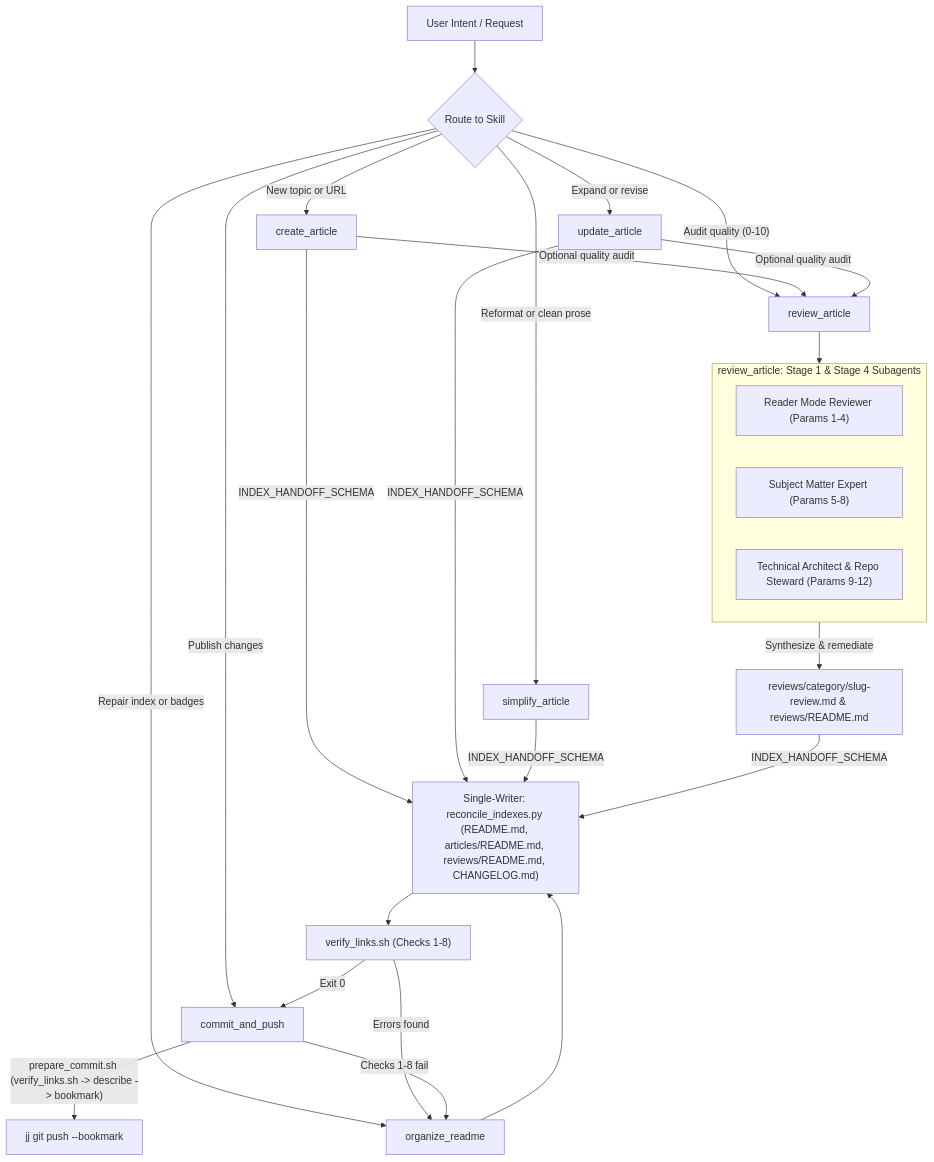
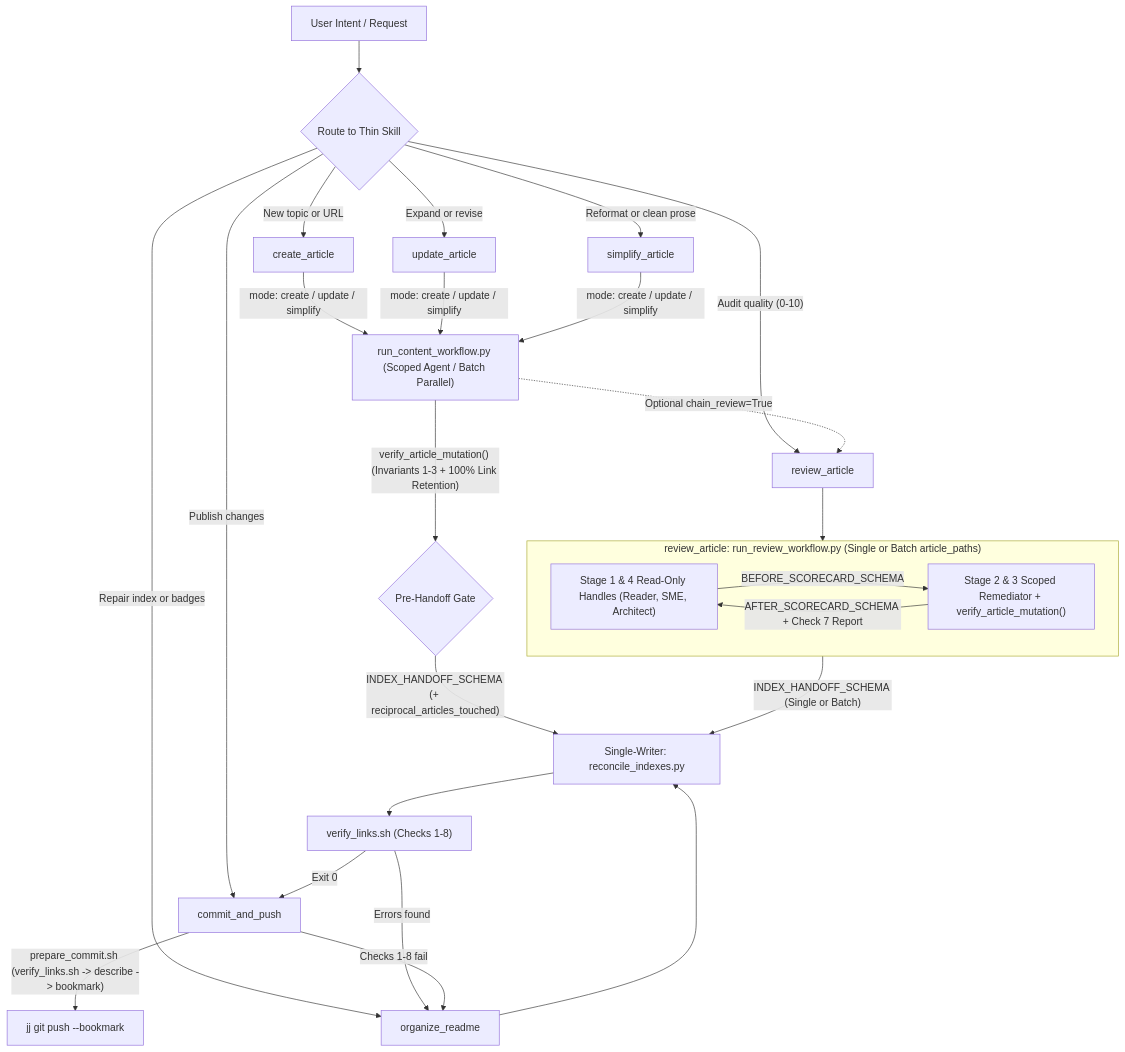
Before and after one commit to rohithtp/ThoughtsInWords: the diagram in .agent/skills/README.md, drawn with Mermaid. The commit also changed other lines of this file and 16 other files, not shown here.

Commit message:
feat(agent): implement Phase 4 Pure Hybrid Control Plane (Option H3) and sync plans

````diff
--- a/.agent/skills/README.md
+++ b/.agent/skills/README.md
@@ -47,35 +47,33 @@
 ```mermaid
 flowchart TD
-    User["User Intent / Request"] --> Route{"Route to Skill"}
+    User["User Intent / Request"] --> Route{"Route to Thin Skill"}
 
     Route -->|"New topic or URL"| Create["create_article"]
     Route -->|"Expand or revise"| Update["update_article"]
     Route -->|"Reformat or clean prose"| Simplify["simplify_article"]
     Route -->|"Audit quality (0-10)"| Review["review_article"]
     Route -->|"Repair index or badges"| Organize["organize_readme"]
     Route -->|"Publish changes"| Push["commit_and_push"]
 
-    Create -->|"Optional quality audit"| Review
-    Update -->|"Optional quality audit"| Review
+    Create & Update & Simplify -->|"mode: create / update / simplify"| ContentWF["run_content_workflow.py (Scoped Agent / Batch Parallel)"]
+    ContentWF -->|"verify_article_mutation() (Invariants 1-3 + 100% Link Retention)"| ContentGate{"Pre-Handoff Gate"}
+    ContentWF -.->|"Optional chain_review=True"| Review
 
-    subgraph FanOut["review_article: Stage 1 & Stage 4 Subagents"]
-        Reader["Reader Mode Reviewer (Params 1-4)"]
-        SME["Subject Matter Expert (Params 5-8)"]
-        Architect["Technical Architect & Repo Steward (Params 9-12)"]
+    subgraph FanOut["review_article: run_review_workflow.py (Single or Batch article_paths)"]
+        Reviewer["Stage 1 & 4 Read-Only Handles (Reader, SME, Architect)"]
+        Remediator["Stage 2 & 3 Scoped Remediator + verify_article_mutation()"]
+        Reviewer -->|"BEFORE_SCORECARD_SCHEMA"| Remediator
+        Remediator -->|"AFTER_SCORECARD_SCHEMA + Check 7 Report"| Reviewer
     end
 
     Review --> FanOut
-    FanOut -->|"Synthesize & remediate"| Report["reviews/category/slug-review.md & reviews/README.md"]
-
-    Create -->|"INDEX_HANDOFF_SCHEMA"| Sync["Single-Writer: reconcile_indexes.py (README.md, articles/README.md, reviews/README.md, CHANGELOG.md)"]
-    Update -->|"INDEX_HANDOFF_SCHEMA"| Sync
-    Simplify -->|"INDEX_HANDOFF_SCHEMA"| Sync
-    Report -->|"INDEX_HANDOFF_SCHEMA"| Sync
+    ContentGate -->|"INDEX_HANDOFF_SCHEMA (+ reciprocal_articles_touched)"| Sync["Single-Writer: reconcile_indexes.py"]
+    FanOut -->|"INDEX_HANDOFF_SCHEMA (Single or Batch)"| Sync
     Organize --> Sync
 
     Sync --> Gate["verify_links.sh (Checks 1-8)"]
     Gate -->|"Exit 0"| Push
     Gate -->|"Errors found"| Organize
     Push -->|"prepare_commit.sh (verify_links.sh -> describe -> bookmark)"| Remote["jj git push --bookmark"]
     Push -->|"Checks 1-8 fail"| Organize
 ```
````
